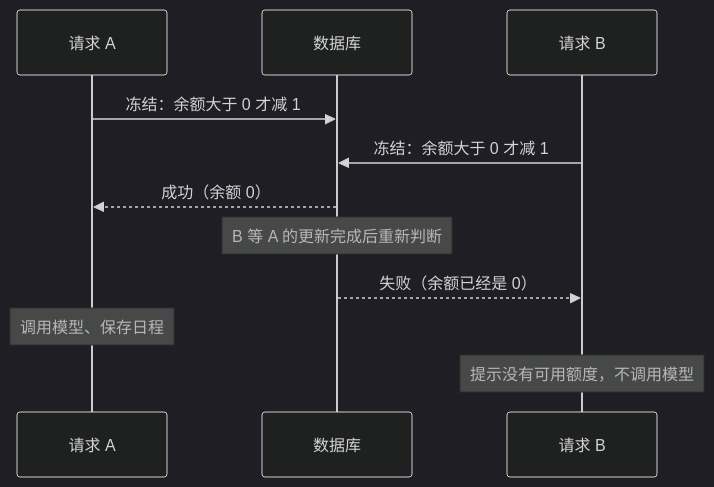
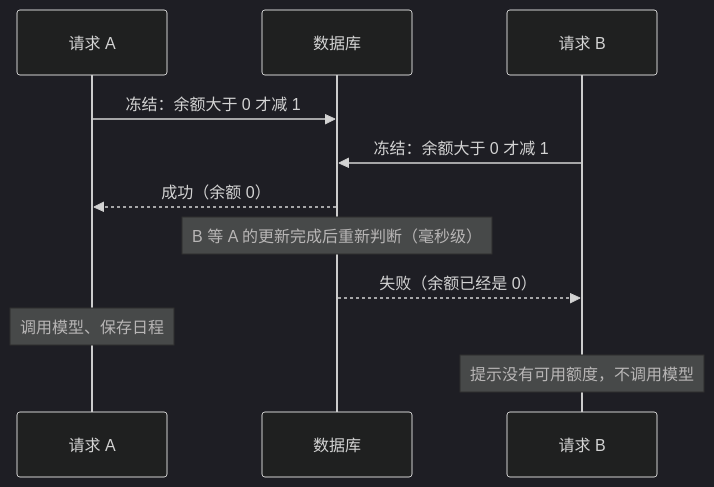
Before and after one commit to Wu030616/task-planner-interview: the third of 3 diagrams in docs/product/01-solution.md, drawn with Mermaid (dark theme). The commit also changed other lines of this file and 17 other files, not shown here.

````diff
--- a/docs/product/01-solution.md
+++ b/docs/product/01-solution.md
@@ -113,13 +133,13 @@
 ```mermaid
 sequenceDiagram
     participant A as 请求 A
     participant DB as 数据库
     participant B as 请求 B
     A->>DB: 冻结：余额大于 0 才减 1
     B->>DB: 冻结：余额大于 0 才减 1
     DB-->>A: 成功（余额 0）
-    Note over DB: B 等 A 的更新完成后重新判断
+    Note over DB: B 等 A 的更新完成后重新判断（毫秒级）
     DB-->>B: 失败（余额已经是 0）
     Note over A: 调用模型、保存日程
     Note over B: 提示没有可用额度，不调用模型
 ```
````
